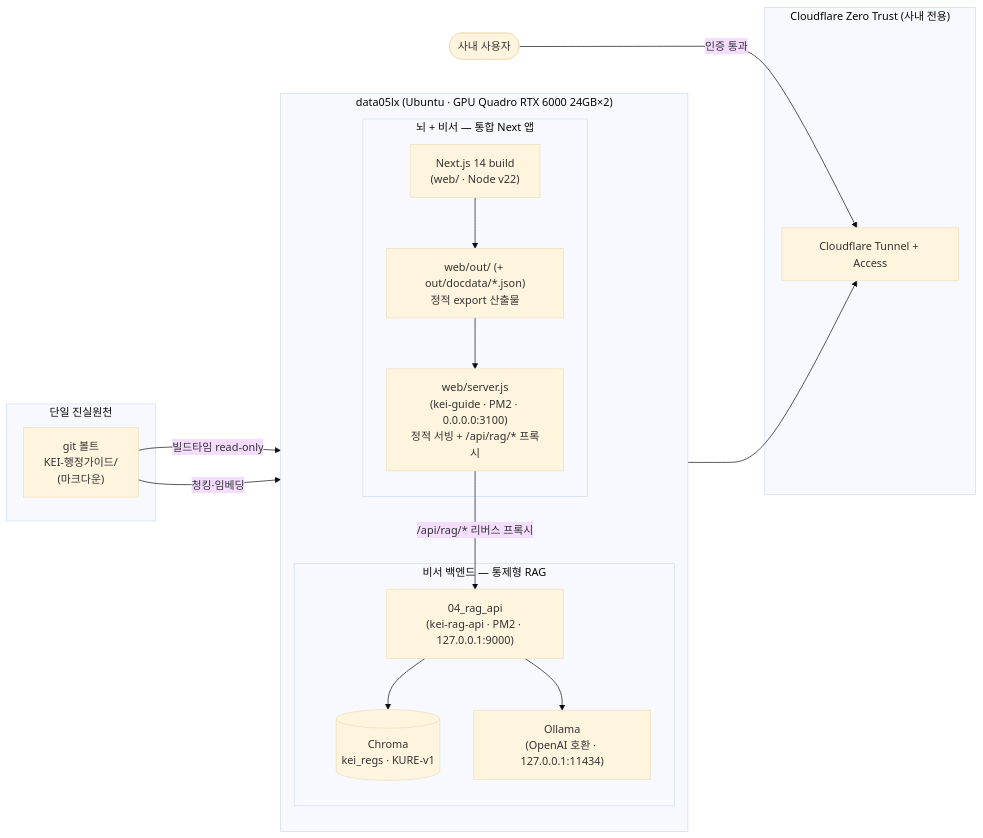
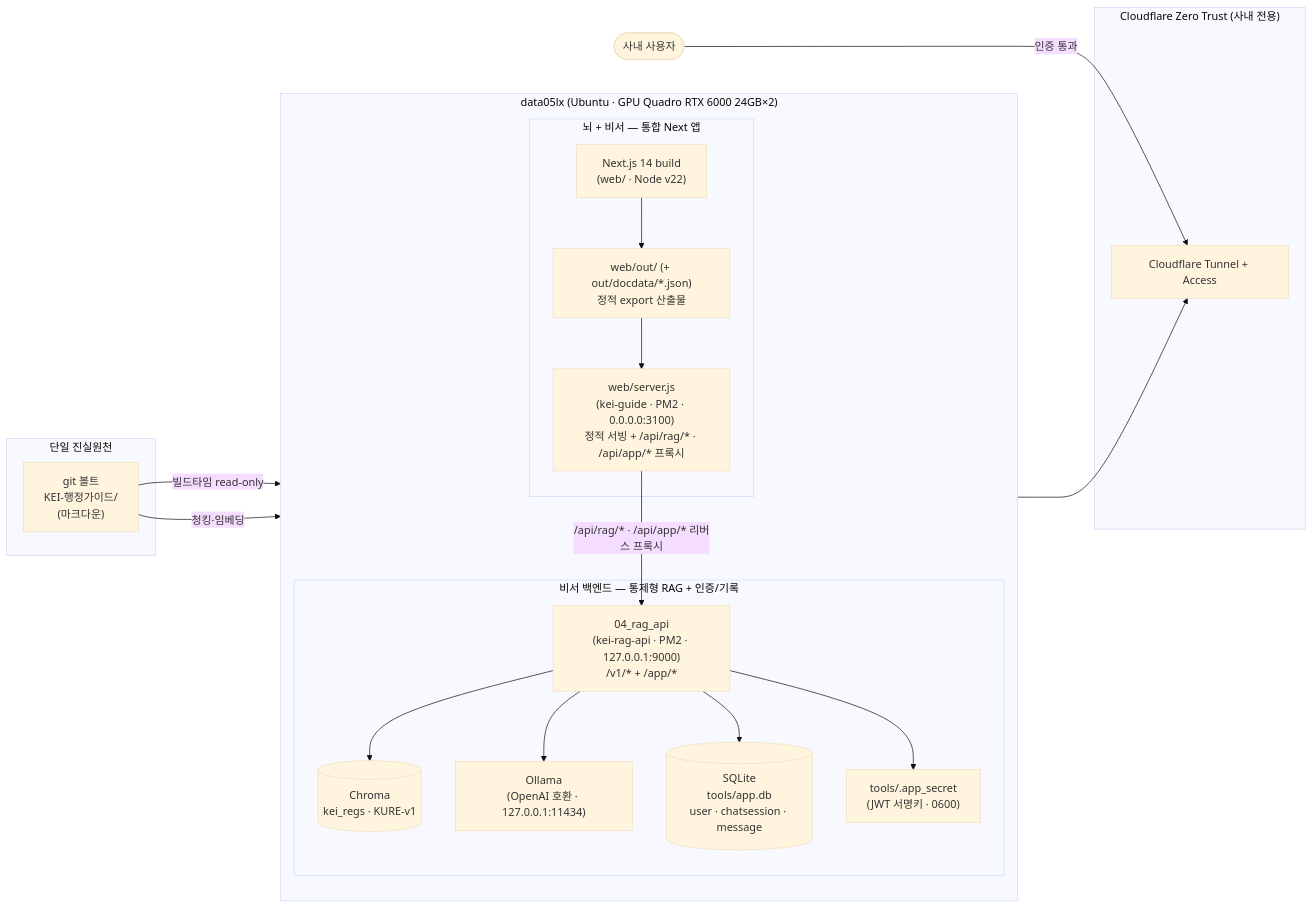
The first of 4 diagrams in docs/06-deployment.md (mooner92/KEIAdminSuperv), drawn with Mermaid (base theme) before and after one commit. The commit also changed other lines of this file and 4 other files, not shown here.

````diff
--- a/docs/06-deployment.md
+++ b/docs/06-deployment.md
@@ -12,38 +12,42 @@
 ```mermaid
 flowchart LR
     subgraph SoT["단일 진실원천"]
         VAULT["git 볼트<br/>KEI-행정가이드/<br/>(마크다운)"]
     end
 
     subgraph HOST["data05lx (Ubuntu · GPU Quadro RTX 6000 24GB×2)"]
         direction TB
 
         subgraph BRAIN["뇌 + 비서 — 통합 Next 앱"]
             NBUILD["Next.js 14 build<br/>(web/ · Node v22)"]
             OUT["web/out/ (+ out/docdata/*.json)<br/>정적 export 산출물"]
-            SERVER["web/server.js<br/>(kei-guide · PM2 · 0.0.0.0:3100)<br/>정적 서빙 + /api/rag/* 프록시"]
+            SERVER["web/server.js<br/>(kei-guide · PM2 · 0.0.0.0:3100)<br/>정적 서빙 + /api/rag/* · /api/app/* 프록시"]
             NBUILD --> OUT --> SERVER
         end
 
-        subgraph SECRETARY["비서 백엔드 — 통제형 RAG"]
-            RAGAPI["04_rag_api<br/>(kei-rag-api · PM2 · 127.0.0.1:9000)"]
+        subgraph SECRETARY["비서 백엔드 — 통제형 RAG + 인증/기록"]
+            RAGAPI["04_rag_api<br/>(kei-rag-api · PM2 · 127.0.0.1:9000)<br/>/v1/* + /app/*"]
             CHROMA[("Chroma<br/>kei_regs · KURE-v1")]
             OLLAMA["Ollama<br/>(OpenAI 호환 · 127.0.0.1:11434)"]
+            APPDB[("SQLite<br/>tools/app.db<br/>user · chatsession · message")]
+            SECRET["tools/.app_secret<br/>(JWT 서명키 · 0600)"]
             RAGAPI --> CHROMA
             RAGAPI --> OLLAMA
+            RAGAPI --> APPDB
+            RAGAPI --> SECRET
         end
 
-        SERVER -->|/api/rag/* 리버스 프록시| RAGAPI
+        SERVER -->|/api/rag/* · /api/app/* 리버스 프록시| RAGAPI
     end
 
     subgraph CF["Cloudflare Zero Trust (사내 전용)"]
         TUNNEL["Cloudflare Tunnel + Access"]
     end
 
     VAULT -->|빌드타임 read-only| NBUILD
     VAULT -->|청킹·임베딩| CHROMA
 
     SERVER --> TUNNEL
 
     USER(["사내 사용자"]) -->|인증 통과| TUNNEL
 ```
````
